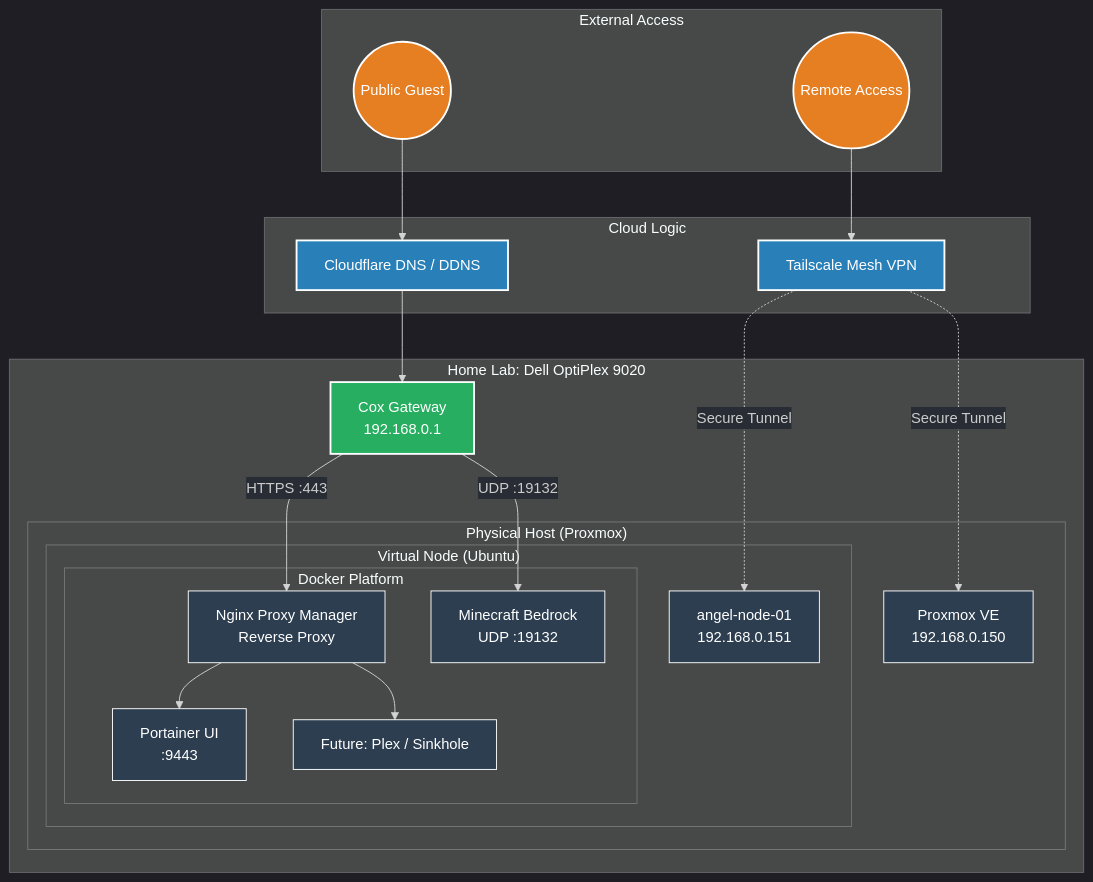
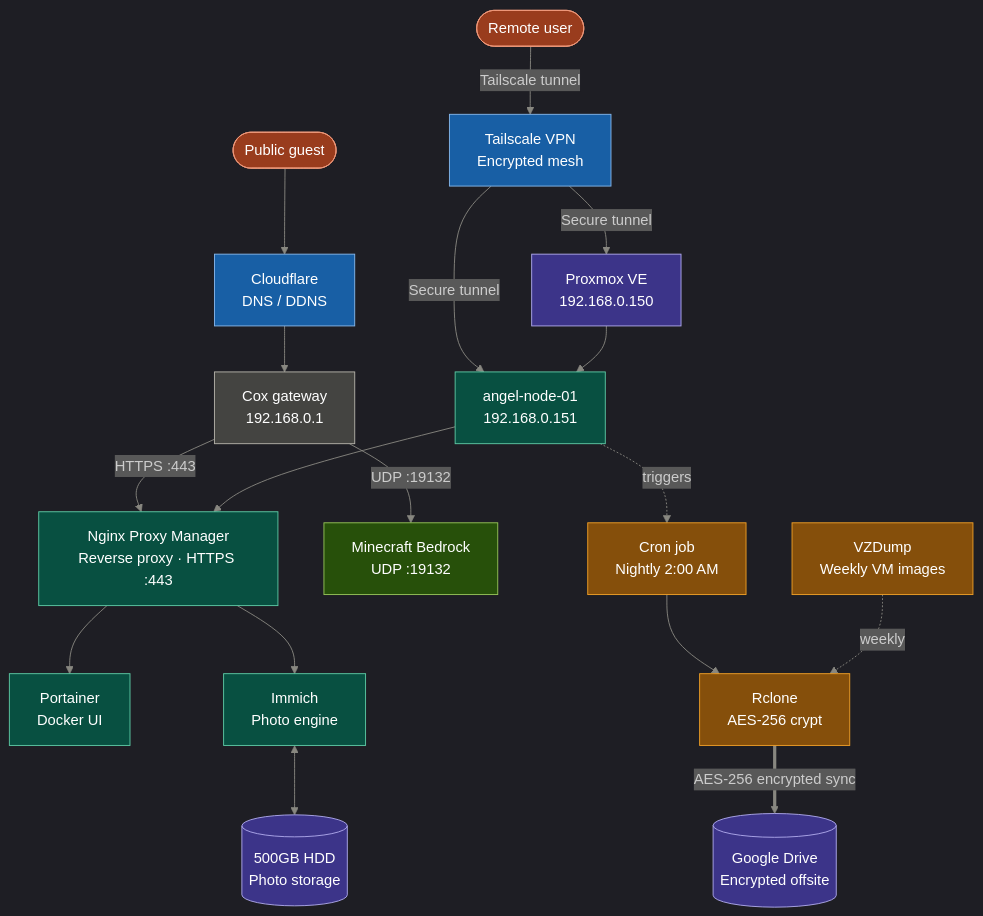
Before and after one commit to AndrewMacGregor1/Angel-Server-Lab: the diagram in README.md, drawn with Mermaid. The commit also changed other lines of this file and 4 other files, not shown here.

Commit message:
Added SOP 16, deleted YouTube video log, experimenting with new mermaid diagram.

````diff
--- a/README.md
+++ b/README.md
@@ -9,53 +9,83 @@
 ```mermaid
-%%{init: {'theme': 'dark', 'themeVariables': { 'primaryColor': '#2ecc71', 'edgeLabelBackground':'#282c34', 'tertiaryColor': '#282c34'}}}%%
-graph TD
-    %% Custom Styles for GitHub Contrast
-    classDef internet fill:#e67e22,stroke:#fff,stroke-width:2px,color:#fff;
-    classDef cloud fill:#2980b9,stroke:#fff,stroke-width:2px,color:#fff;
-    classDef home fill:#27ae60,stroke:#fff,stroke-width:2px,color:#fff;
-    classDef node fill:#2c3e50,stroke:#fff,stroke-width:1px,color:#fff;
+%%{init: {'theme': 'dark', 'themeVariables': {
+  'primaryColor': '#534AB7',
+  'primaryTextColor': '#fff',
+  'primaryBorderColor': '#3C3489',
+  'lineColor': '#888780',
+  'secondaryColor': '#0F6E56',
+  'tertiaryColor': '#1a1a2e'
+}}}%%
 
-    subgraph External ["External Access"]
-        User((Remote Access)):::internet
-        Guest((Public Guest)):::internet
-    end
+flowchart TD
 
-    subgraph Cloud ["Cloud Logic"]
-        CF[Cloudflare DNS / DDNS]:::cloud
-        TS[Tailscale Mesh VPN]:::cloud
-    end
+    %% ── External ──
+    RemoteUser(["Remote user"])
+    PublicGuest(["Public guest"])
 
-    subgraph Lab ["Home Lab: Dell OptiPlex 9020"]
-        Router[Cox Gateway<br>192.168.0.1]:::home
-        
-        subgraph Physical ["Physical Host (Proxmox)"]
-            PVE[Proxmox VE<br>192.168.0.150]:::node
-            
-            subgraph Virtual ["Virtual Node (Ubuntu)"]
-                OS[angel-node-01<br>192.168.0.151]:::node
-                
-                subgraph Docker ["Docker Platform"]
-                    NPM[Nginx Proxy Manager<br>Reverse Proxy]:::node
-                    Portainer[Portainer UI<br>:9443]:::node
-                    MC[Minecraft Bedrock<br>UDP :19132]:::node
-                    Future[Future: Plex / Sinkhole]:::node
-                end
-            end
-        end
-    end
+    %% ── Cloud ──
+    TS["Tailscale VPN<br/>Encrypted mesh"]
+    CF["Cloudflare<br/>DNS / DDNS"]
 
-    %% Traffic Flows
-    User --> TS
-    TS -.->|Secure Tunnel| PVE
-    TS -.->|Secure Tunnel| OS
-    
-    Guest --> CF
-    CF --> Router
-    
-    %% Defined Traffic Routing
-    Router -->|HTTPS :443| NPM
-    Router -->|UDP :19132| MC
-    
-    NPM --> Portainer
-    NPM --> Future
+    %% ── Gateway ──
+    GW["Cox gateway<br/>192.168.0.1"]
+
+    %% ── Hypervisor ──
+    PVE["Proxmox VE<br/>192.168.0.150"]
+
+    %% ── VM & Docker ──
+    NODE["angel-node-01<br/>192.168.0.151"]
+    NPM["Nginx Proxy Manager<br/>Reverse proxy · HTTPS :443"]
+    PORT["Portainer<br/>Docker UI"]
+    MC["Minecraft Bedrock<br/>UDP :19132"]
+    IMMICH["Immich<br/>Photo engine"]
+    HDD[("500GB HDD<br/>Photo storage")]
+
+    %% ── Backup ──
+    CRON["Cron job<br/>Nightly 2:00 AM"]
+    RCLONE["Rclone<br/>AES-256 crypt"]
+    VZDUMP["VZDump<br/>Weekly VM images"]
+    GDRIVE[("Google Drive<br/>Encrypted offsite")]
+
+    %% ── Traffic flows ──
+    RemoteUser -->|Tailscale tunnel| TS
+    PublicGuest --> CF
+
+    TS -->|Secure tunnel| PVE
+    TS -->|Secure tunnel| NODE
+    CF --> GW
+
+    GW -->|HTTPS :443| NPM
+    GW -->|UDP :19132| MC
+
+    PVE --> NODE
+
+    NODE --> NPM
+    NPM --> PORT
+    NPM --> IMMICH
+    IMMICH <--> HDD
+
+    %% ── Backup pipeline ──
+    NODE -.->|triggers| CRON
+    CRON --> RCLONE
+    VZDUMP -.->|weekly| RCLONE
+    RCLONE ==>|AES-256 encrypted sync| GDRIVE
+
+    %% ── Styles ──
+    classDef external  fill:#993C1D,stroke:#F0997B,color:#fff
+    classDef cloud     fill:#185FA5,stroke:#85B7EB,color:#fff
+    classDef gateway   fill:#444441,stroke:#B4B2A9,color:#fff
+    classDef hyperv    fill:#3C3489,stroke:#AFA9EC,color:#fff
+    classDef vm        fill:#085041,stroke:#5DCAA5,color:#fff
+    classDef service   fill:#27500A,stroke:#97C459,color:#fff
+    classDef backup    fill:#854F0B,stroke:#EF9F27,color:#fff
+    classDef storage   fill:#3C3489,stroke:#AFA9EC,color:#fff
+
+    class RemoteUser,PublicGuest external
+    class TS,CF cloud
+    class GW gateway
+    class PVE hyperv
+    class NODE,NPM,PORT,IMMICH vm
+    class MC service
+    class CRON,RCLONE,VZDUMP backup
+    class HDD,GDRIVE storage
 ```
````
